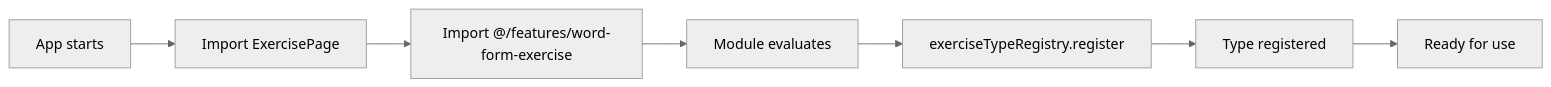
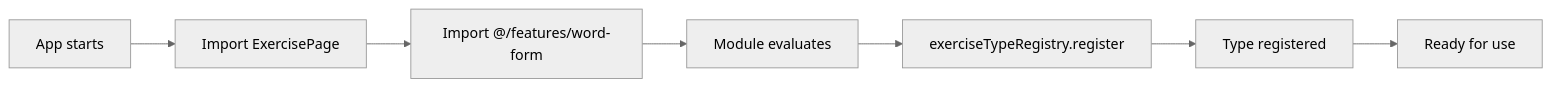
The first of 3 diagrams in docs/architecture/multi-type-exercise-system.md (dimarkov-git/greek-exercise), drawn with Mermaid (neutral theme) before and after one commit. The commit also changed other lines of this file and 88 other files, not shown here.

````diff
--- a/docs/architecture/multi-type-exercise-system.md
+++ b/docs/architecture/multi-type-exercise-system.md
@@ -122,9 +122,9 @@
 ```mermaid
 graph LR
     A[App starts] --> B[Import ExercisePage]
-    B --> C[Import @/features/word-form-exercise]
+    B --> C[Import @/features/word-form]
     C --> D[Module evaluates]
     D --> E[exerciseTypeRegistry.register]
     E --> F[Type registered]
     F --> G[Ready for use]
 ```
````
